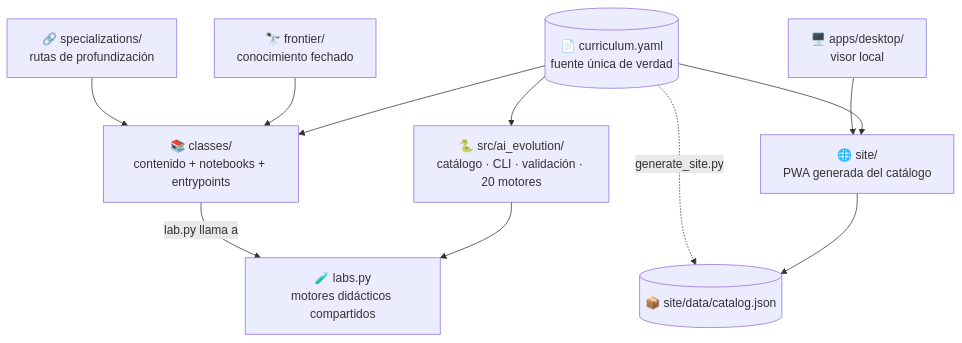
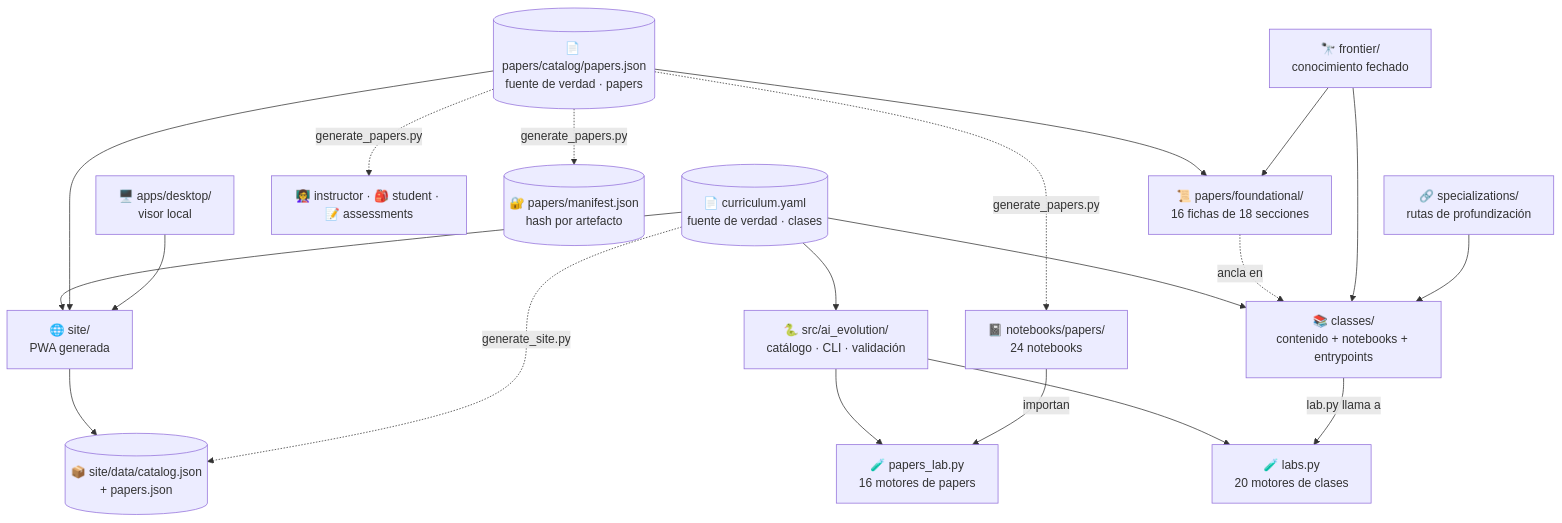
The diagram in docs/ARCHITECTURE.md (vladimiracunadev-create/artificial-intelligence-evolution-program), drawn with Mermaid before and after one commit. The commit also changed other lines of this file and 17 other files, not shown here.

````diff
--- a/docs/ARCHITECTURE.md
+++ b/docs/ARCHITECTURE.md
@@ -5,13 +9,24 @@
 ```mermaid
 flowchart TD
-    CUR[("📄 curriculum.yaml<br/>fuente única de verdad")] --> CLASSES["📚 classes/<br/>contenido + notebooks + entrypoints"]
-    CUR --> SRC["🐍 src/ai_evolution/<br/>catálogo · CLI · validación · 20 motores"]
-    CUR --> SITE["🌐 site/<br/>PWA generada del catálogo"]
-    SRC --> LABS["🧪 labs.py<br/>motores didácticos compartidos"]
+    CUR[("📄 curriculum.yaml<br/>fuente de verdad · clases")] --> CLASSES["📚 classes/<br/>contenido + notebooks + entrypoints"]
+    CUR --> SRC["🐍 src/ai_evolution/<br/>catálogo · CLI · validación"]
+    CUR --> SITE["🌐 site/<br/>PWA generada"]
+    SRC --> LABS["🧪 labs.py<br/>20 motores de clases"]
     CLASSES -->|"lab.py llama a"| LABS
-    SITE --> CATALOG[("📦 site/data/catalog.json")]
+
+    PAP[("📄 papers/catalog/papers.json<br/>fuente de verdad · papers")] --> FICHAS["📜 papers/foundational/<br/>16 fichas de 18 secciones"]
+    PAP -.->|"generate_papers.py"| NB["📓 notebooks/papers/<br/>24 notebooks"]
+    PAP -.->|"generate_papers.py"| AULA["👩‍🏫 instructor · 🎒 student · 📝 assessments"]
+    PAP -.->|"generate_papers.py"| MAN[("🔐 papers/manifest.json<br/>hash por artefacto")]
+    PAP --> SITE
+    SRC --> PLABS["🧪 papers_lab.py<br/>16 motores de papers"]
+    NB -->|"importan"| PLABS
+    FICHAS -.->|"ancla en"| CLASSES
+
+    SITE --> CATALOG[("📦 site/data/catalog.json<br/>+ papers.json")]
     CUR -.->|"generate_site.py"| CATALOG
     DESK["🖥️ apps/desktop/<br/>visor local"] --> SITE
     FRONT["🔭 frontier/<br/>conocimiento fechado"] --> CLASSES
+    FRONT --> FICHAS
     SPEC["🔗 specializations/<br/>rutas de profundización"] --> CLASSES
 ```
````
